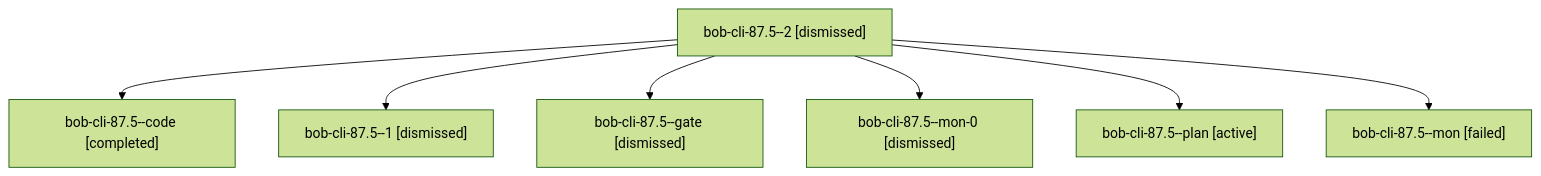
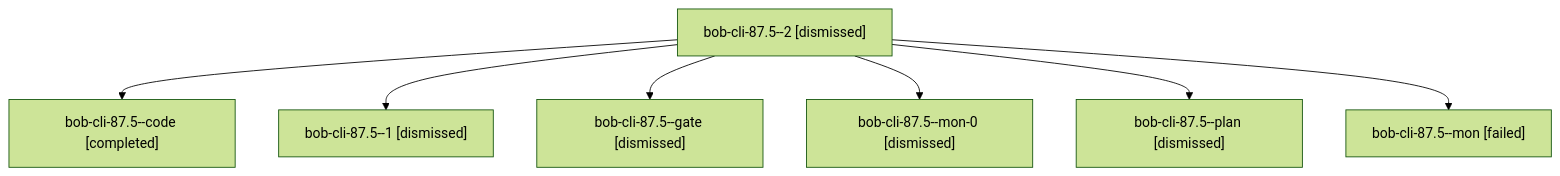
One commit to bobs-org/bob-cli--agents changed the diagram in sessions/bbugyi200.athena.bob-cli-87.5.md. Above: the diagram before and after it, drawn with Mermaid (forest theme). The commit also changed other lines of this file and 243 other files, not shown here.

````diff
--- a/sessions/bbugyi200.athena.bob-cli-87.5.md
+++ b/sessions/bbugyi200.athena.bob-cli-87.5.md
@@ -9,16 +9,16 @@
 ```mermaid
 flowchart TD
   n0["bob-cli-87.5--2 [dismissed]"]
   n1["bob-cli-87.5--code [completed]"]
   n0 --> n1
   n2["bob-cli-87.5--1 [dismissed]"]
   n0 --> n2
   n3["bob-cli-87.5--gate [dismissed]"]
   n0 --> n3
   n4["bob-cli-87.5--mon-0 [dismissed]"]
   n0 --> n4
-  n5["bob-cli-87.5--plan [active]"]
+  n5["bob-cli-87.5--plan [dismissed]"]
   n0 --> n5
   n6["bob-cli-87.5--mon [failed]"]
   n0 --> n6
 ```
````
